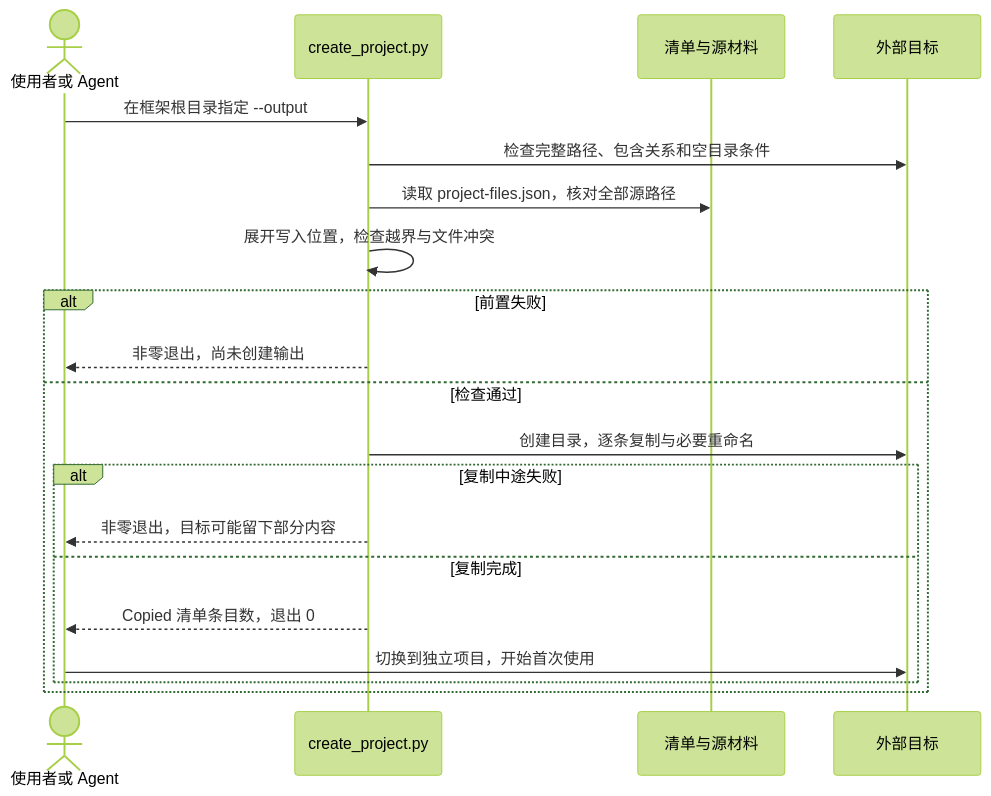
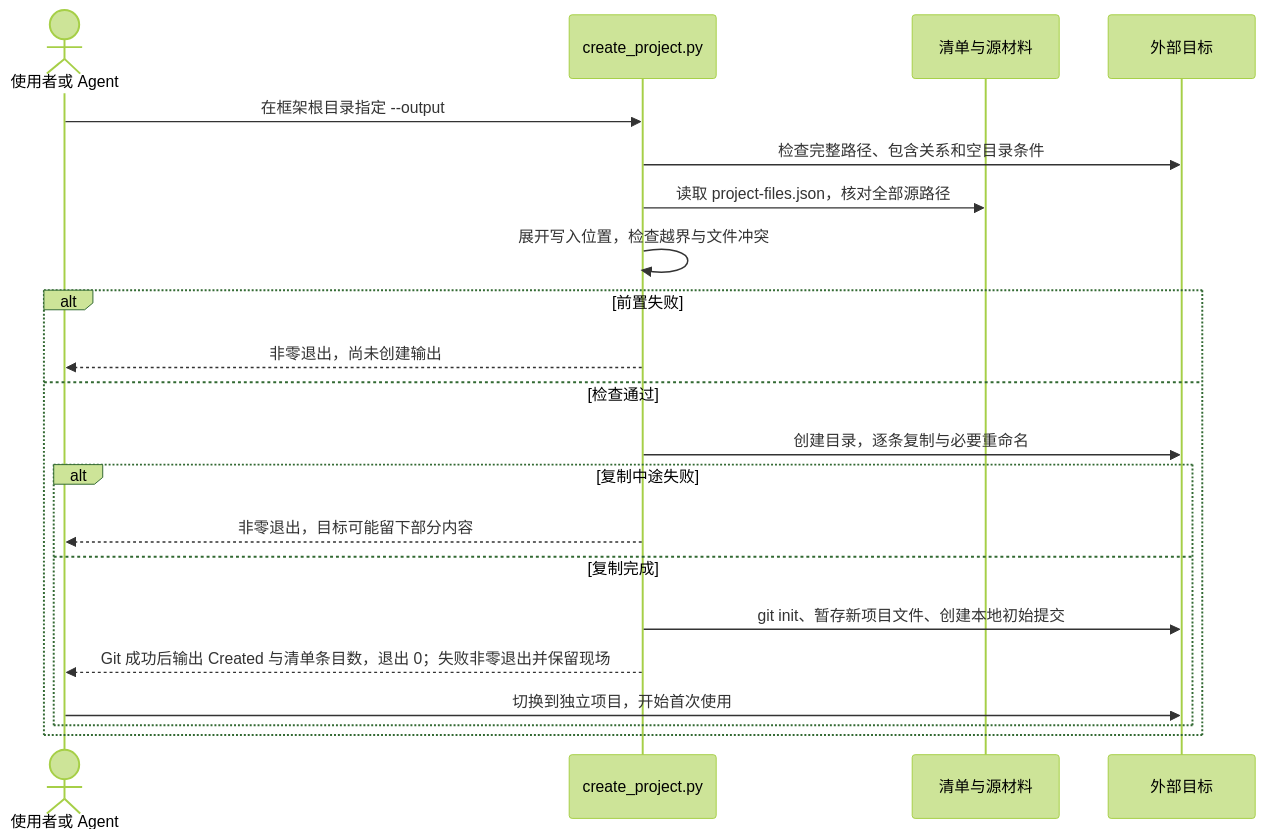
Before and after one commit to yxy823/Game_idle_yaya_frame: the diagram in framework/docs/blank-project/getting-started/create-project.md, drawn with Mermaid (forest theme). The commit also changed other lines of this file and 38 other files, not shown here.

````diff
--- a/framework/docs/blank-project/getting-started/create-project.md
+++ b/framework/docs/blank-project/getting-started/create-project.md
@@ -9,22 +9,23 @@
 ```mermaid
 sequenceDiagram
     actor U as 使用者或 Agent
     participant C as create_project.py
     participant S as 清单与源材料
     participant T as 外部目标
     U->>C: 在框架根目录指定 --output
     C->>T: 检查完整路径、包含关系和空目录条件
     C->>S: 读取 project-files.json，核对全部源路径
     C->>C: 展开写入位置，检查越界与文件冲突
     alt 前置失败
         C-->>U: 非零退出，尚未创建输出
     else 检查通过
         C->>T: 创建目录，逐条复制与必要重命名
         alt 复制中途失败
             C-->>U: 非零退出，目标可能留下部分内容
         else 复制完成
-            C-->>U: Copied 清单条目数，退出 0
+            C->>T: git init、暂存新项目文件、创建本地初始提交
+            C-->>U: Git 成功后输出 Created 与清单条目数，退出 0；失败非零退出并保留现场
             U->>T: 切换到独立项目，开始首次使用
         end
     end
 ```
````
